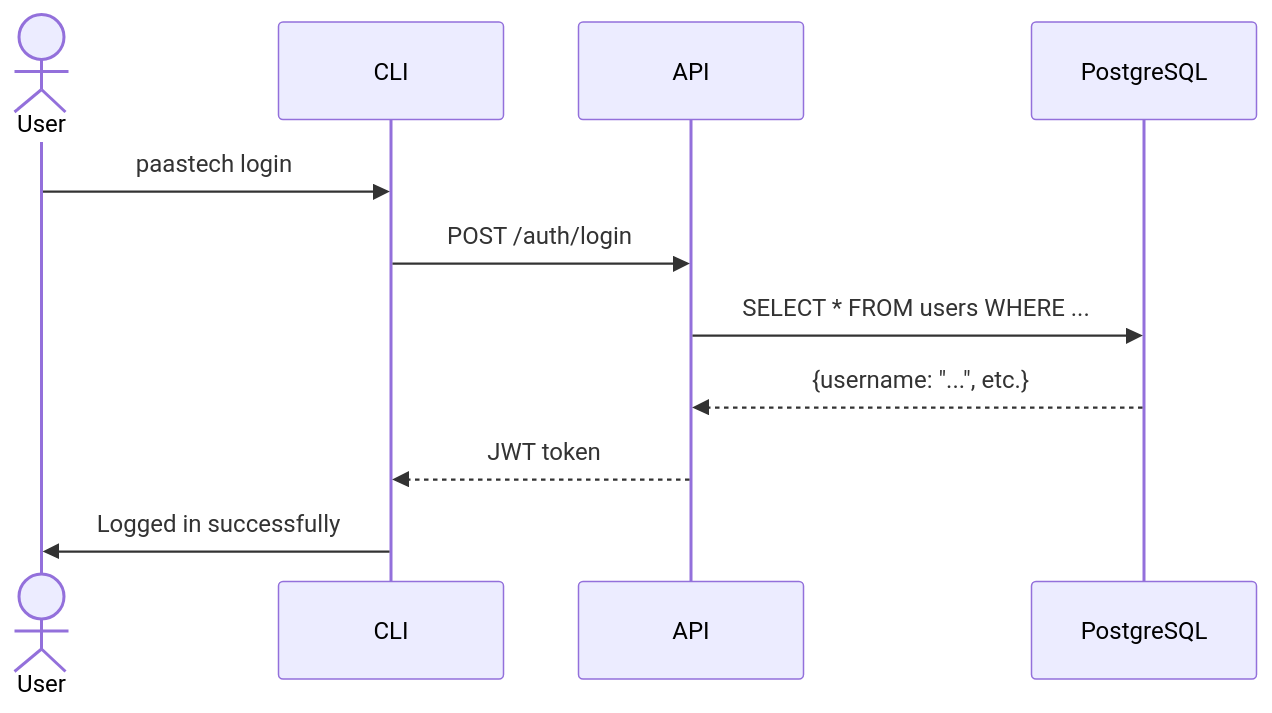
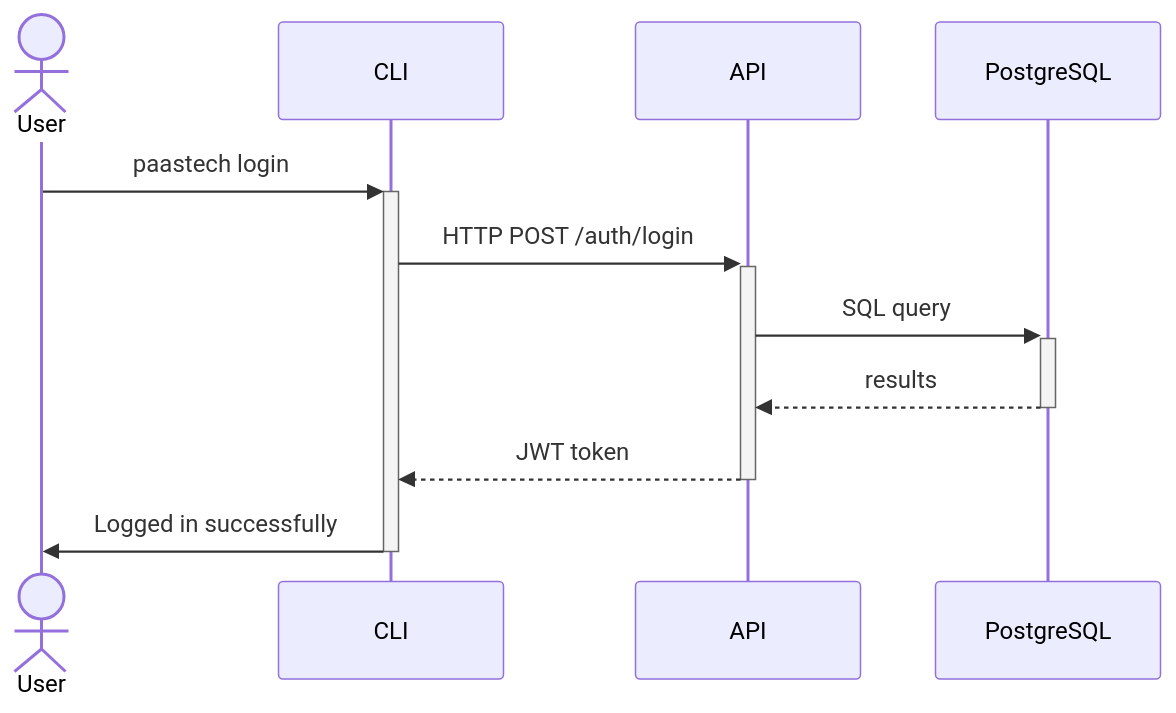
The diagram in Architecture.md (paastech-cloud/docs), drawn with Mermaid before and after one commit. The commit also changed other lines of this file, not shown here.

Commit message:
docs(cli): overhaul

````diff
--- a/Architecture.md
+++ b/Architecture.md
@@ -82,14 +88,14 @@
 ```mermaid
 sequenceDiagram
-    actor User
-    participant CLI
-    participant API
-    participant DB as PostgreSQL
+    actor u as User
+    participant cli as CLI
+    participant api as API
+    participant db as PostgreSQL
 
-    User->>CLI: paastech login
-    CLI->>API: POST /auth/login
-    API->>DB: SELECT * FROM users WHERE ...
-    DB-->>API: {username: "...", etc.}
-    API-->>CLI: JWT token
-    CLI->>User: Logged in successfully
+    u ->>+ cli: paastech login
+    cli ->>+ api: HTTP POST /auth/login
+    api ->>+ db: SQL query
+    db -->>- api: results
+    api -->>- cli: JWT token
+    cli ->>- u: Logged in successfully
 ```
````
